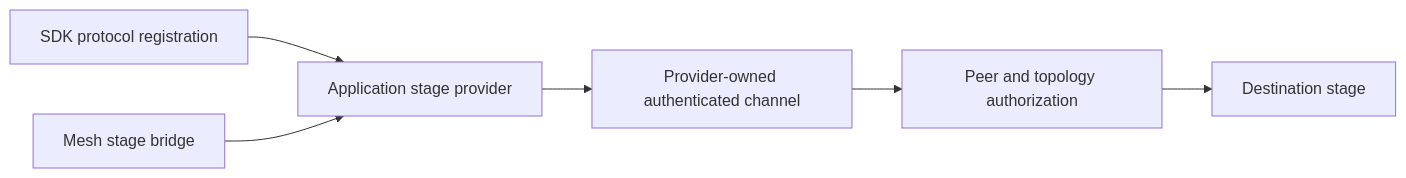
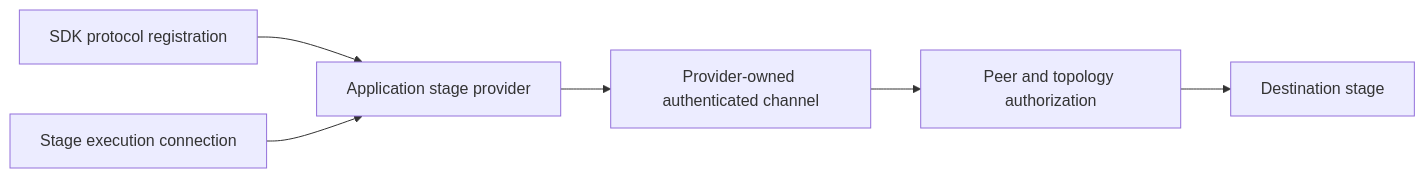
Before and after one commit to Mesh-LLM/mesh-llm: the third of 3 diagrams in mesh/crates/mesh-llm-sdk/README.md, drawn with Mermaid. The commit also changed other lines of this file and 68 other files, not shown here.

````diff
--- a/mesh/crates/mesh-llm-sdk/README.md
+++ b/mesh/crates/mesh-llm-sdk/README.md
@@ -199,8 +200,8 @@
 ```mermaid
 flowchart LR
     SDK[SDK protocol registration] --> Provider[Application stage provider]
-    Bridge[Mesh stage bridge] --> Provider
+    StageIO[Stage execution connection] --> Provider
     Provider --> Channel[Provider-owned authenticated channel]
     Channel --> Gate[Peer and topology authorization]
     Gate --> Stage[Destination stage]
 ```
````
